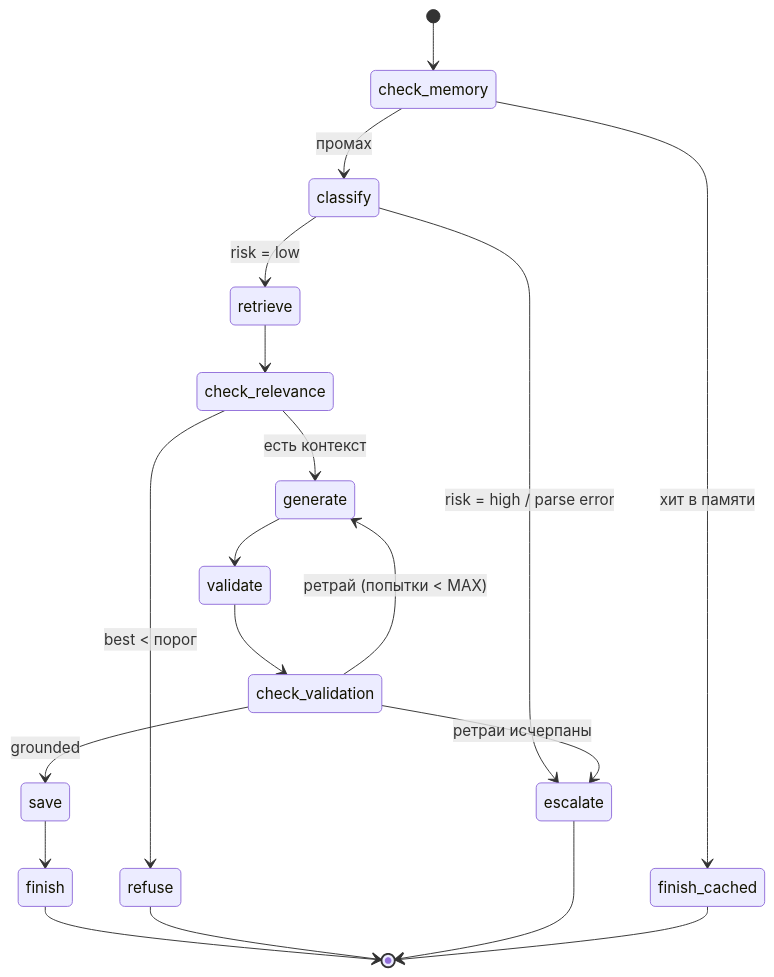
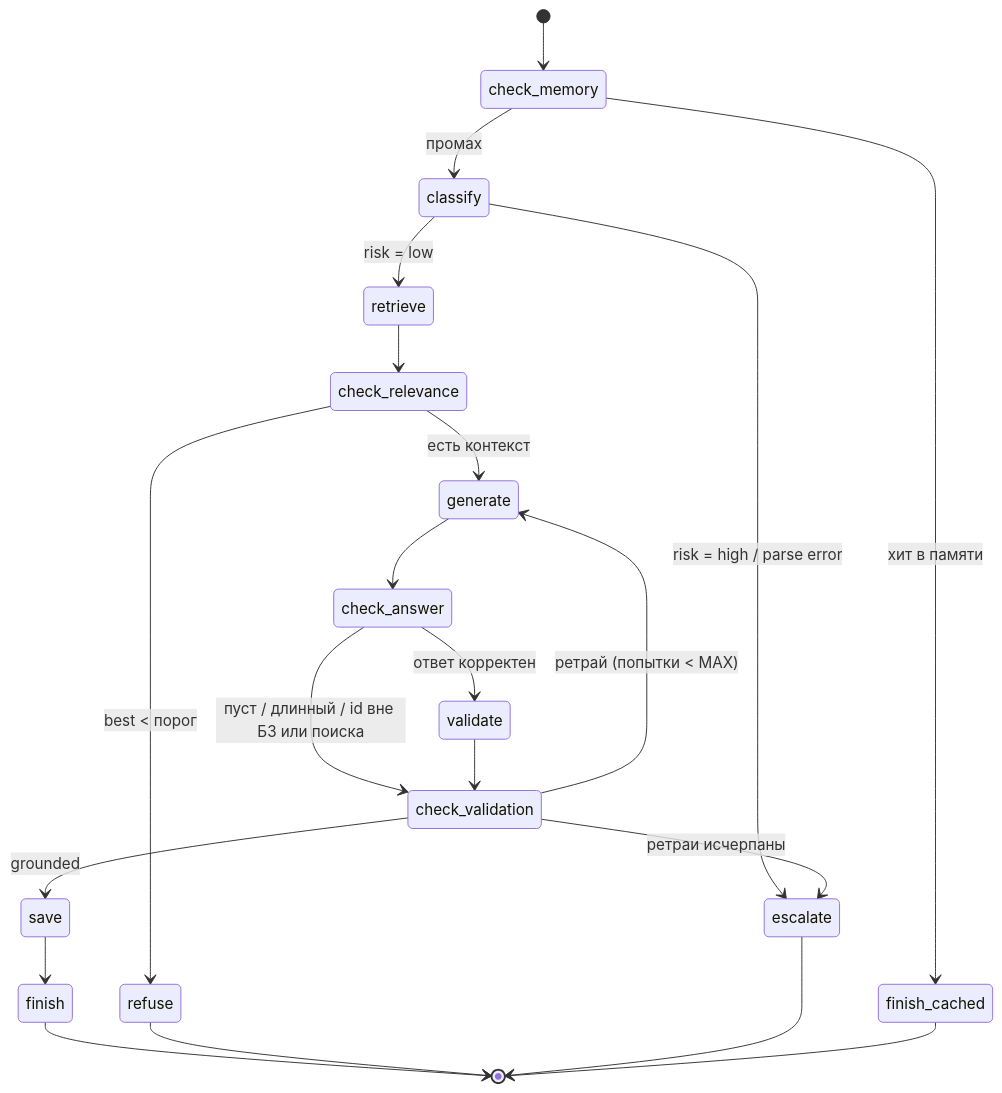
Before and after one commit to Sasha2600/DZ_5: the diagram in README.md, drawn with Mermaid. The commit also changed other lines of this file and 2 other files, not shown here.

````diff
--- a/README.md
+++ b/README.md
@@ -19,21 +24,23 @@
 ```mermaid
 stateDiagram-v2
     [*] --> check_memory
     check_memory --> finish_cached : хит в памяти
     check_memory --> classify : промах
     classify --> escalate : risk = high / parse error
     classify --> retrieve : risk = low
     retrieve --> check_relevance
     check_relevance --> refuse : best < порог
     check_relevance --> generate : есть контекст
-    generate --> validate
+    generate --> check_answer
+    check_answer --> validate : ответ корректен
+    check_answer --> check_validation : пуст / длинный / id вне БЗ или поиска
     validate --> check_validation
     check_validation --> save : grounded
     check_validation --> generate : ретрай (попытки < MAX)
     check_validation --> escalate : ретраи исчерпаны
     save --> finish
     finish --> [*]
     refuse --> [*]
     escalate --> [*]
     finish_cached --> [*]
 ```
````
